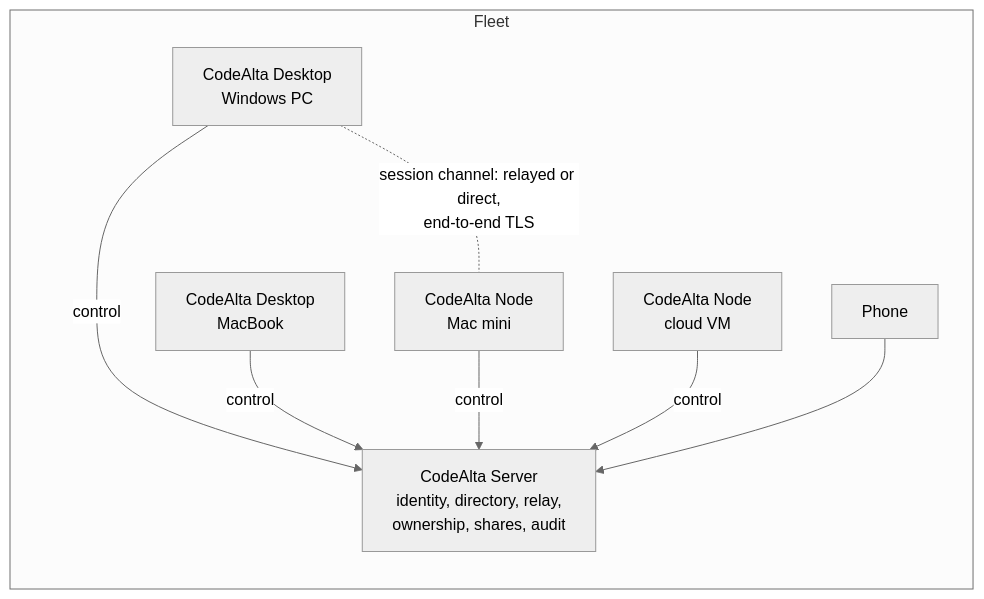
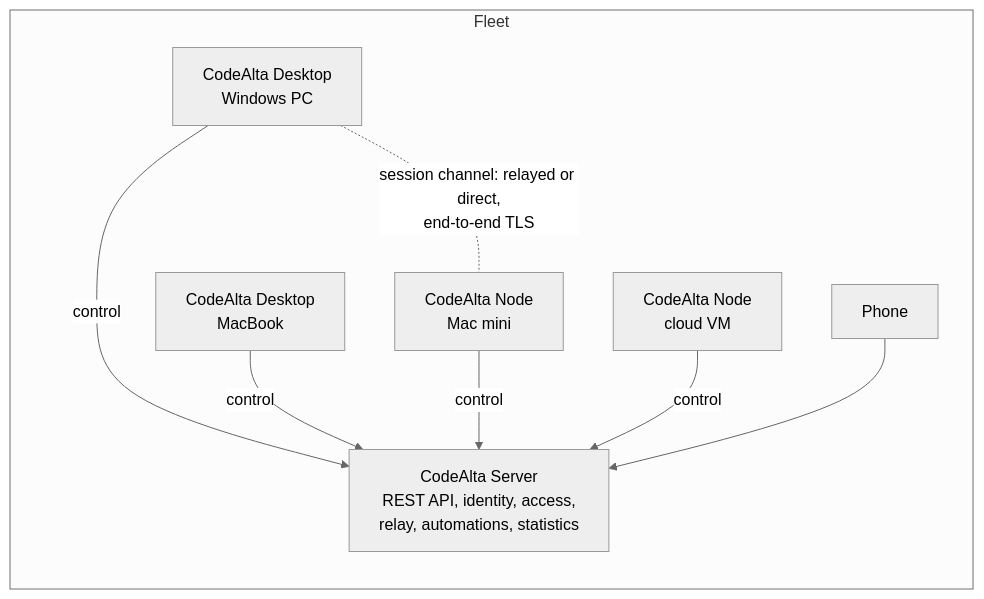
Before and after one commit to CodeAlta/CodeAlta: the diagram in doc/fleet/readme.md, drawn with Mermaid (neutral theme). The commit also changed other lines of this file and 16 other files, not shown here.

First line of the commit message:
Update doc: fleet automations, statistics, ownership, console (#292)

````diff
--- a/doc/fleet/readme.md
+++ b/doc/fleet/readme.md
@@ -100,17 +114,17 @@
 ```mermaid
 flowchart LR
     subgraph Fleet
-      S[CodeAlta Server<br/>identity, directory, relay,<br/>ownership, shares, audit]
+      S[CodeAlta Server<br/>REST API, identity, access,<br/>relay, automations, statistics]
       N1[CodeAlta Node<br/>Mac mini]
       N2[CodeAlta Node<br/>cloud VM]
       D1[CodeAlta Desktop<br/>Windows PC]
       D2[CodeAlta Desktop<br/>MacBook]
       P[Phone]
     end
     D1 -- control --> S
     D2 -- control --> S
     N1 -- control --> S
     N2 -- control --> S
     P --> S
     D1 -. "session channel: relayed or direct,<br/>end-to-end TLS" .- N1
 ```
````
